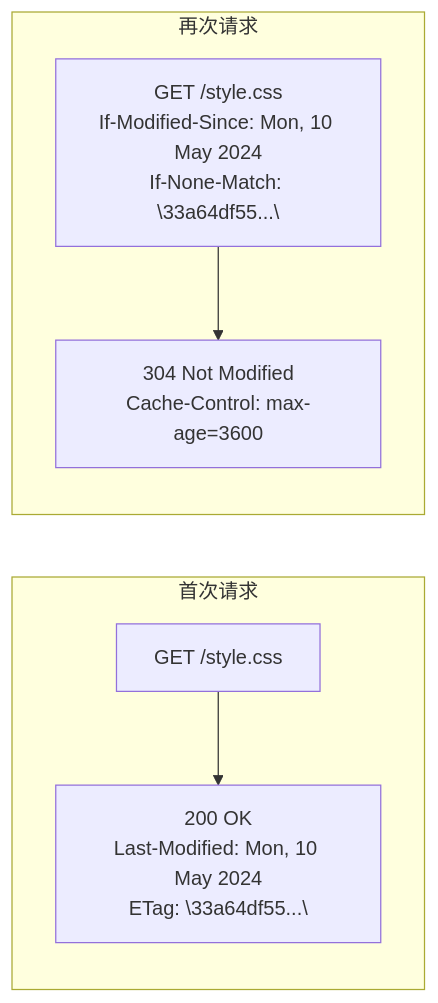
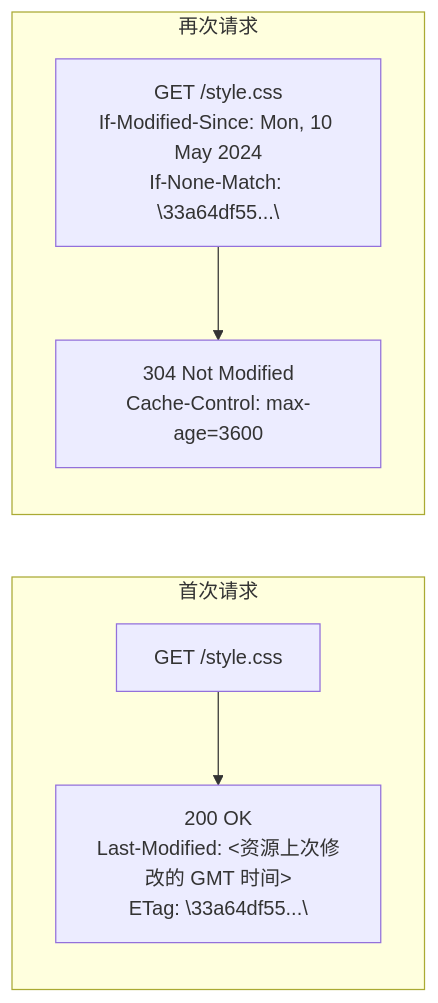
The tenth of 12 diagrams in docs/S3-进阶提升/05-计算机网络.md (KMaybe01/interview-demo), drawn with Mermaid before and after one commit. The commit also changed other lines of this file and 7 other files, not shown here.

````diff
--- a/docs/S3-进阶提升/05-计算机网络.md
+++ b/docs/S3-进阶提升/05-计算机网络.md
@@ -466,9 +534,9 @@
 ```mermaid
 graph LR
     subgraph 首次请求
-        A["GET /style.css"] --> B["200 OK<br/>Last-Modified: Mon, 10 May 2024<br/>ETag: \"33a64df55...\""]
+        A["GET /style.css"] --> B["200 OK<br/>Last-Modified: <资源上次修改的 GMT 时间><br/>ETag: \"33a64df55...\""]
     end
     subgraph 再次请求
         C["GET /style.css<br/>If-Modified-Since: Mon, 10 May 2024<br/>If-None-Match: \"33a64df55...\""] --> D["304 Not Modified<br/>Cache-Control: max-age=3600"]
     end
 ```
````
